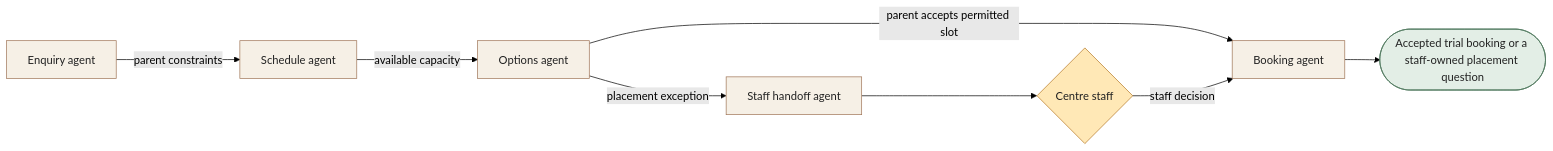
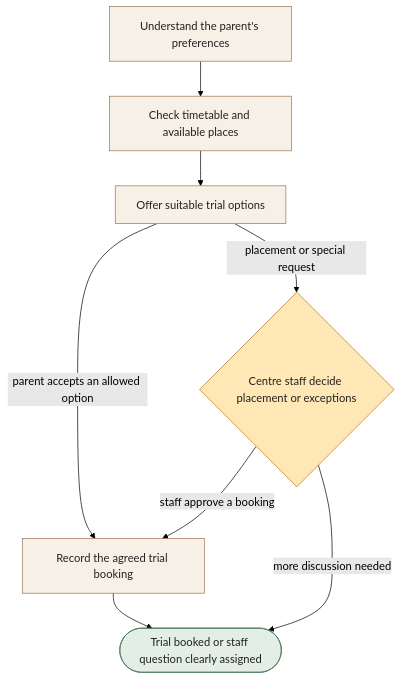
The diagram in docs/workflows/tuition-centres.md (dextee/claude-code-agent-team-guide), drawn with Mermaid (forest theme) before and after one commit. The commit also changed other lines of this file and 28 other files, not shown here.

````diff
--- a/docs/workflows/tuition-centres.md
+++ b/docs/workflows/tuition-centres.md
@@ -21,23 +25,22 @@
 ```mermaid
-flowchart LR
-A["Enquiry agent"]
-B["Schedule agent"]
-C["Options agent"]
-D["Staff handoff agent"]
-E["Booking agent"]
-H{"Centre staff"}
-O(["Accepted trial booking or a staff-owned placement question"])
-A -->|parent constraints| B
-B -->|available capacity| C
-C -->|parent accepts permitted slot| E
-C -->|placement exception| D
-D --> H
-H -->|staff decision| E
-E --> O
-classDef agent fill:#f6f0e6,stroke:#9f7557,color:#222222
+flowchart TD
+A["Understand the parent's preferences"]
+B["Check timetable and available places"]
+C["Offer suitable trial options"]
+H{"Centre staff decide placement or exceptions"}
+D["Record the agreed trial booking"]
+O(["Trial booked or staff question clearly assigned"])
+A --> B
+B --> C
+C -->|parent accepts an allowed option| D
+C -->|placement or special request| H
+H -->|staff approve a booking| D
+H -->|more discussion needed| O
+D --> O
+classDef assistant fill:#f6f0e6,stroke:#9f7557,color:#222222
 classDef human fill:#ffe8b6,stroke:#b57821,color:#222222
 classDef outcome fill:#e3eee6,stroke:#4e775c,color:#222222
-class A,B,C,D,E agent
+class A,B,C,D assistant
 class H human
 class O outcome
 ```
````
